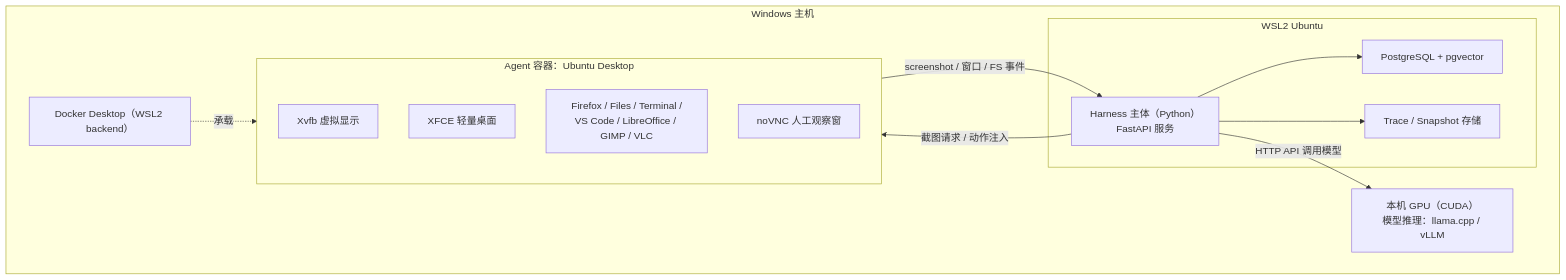
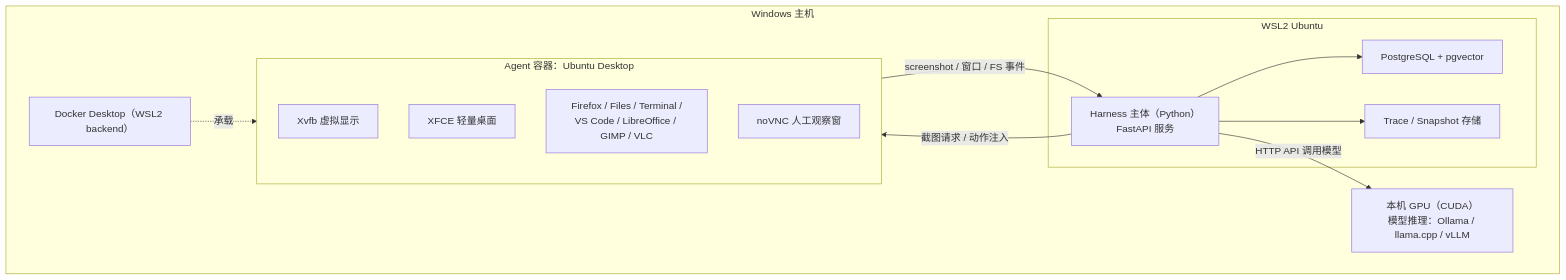
Before and after one commit to QiuYuAkiGO/NeuralCloud: the first of 2 diagrams in docs/harness/03-digital-body.md, drawn with Mermaid. The commit also changed other lines of this file and 73 other files, not shown here.

````diff
--- a/docs/harness/03-digital-body.md
+++ b/docs/harness/03-digital-body.md
@@ -15,25 +15,25 @@
 ```mermaid
 flowchart TB
     subgraph win["Windows 主机"]
-        gpu["本机 GPU（CUDA）<br/>模型推理：llama.cpp / vLLM"]
+        gpu["本机 GPU（CUDA）<br/>模型推理：Ollama / llama.cpp / vLLM"]
         subgraph wsl["WSL2 Ubuntu"]
             harness["Harness 主体（Python）<br/>FastAPI 服务"]
             db["PostgreSQL + pgvector"]
             tracedir["Trace / Snapshot 存储"]
         end
         docker["Docker Desktop（WSL2 backend）"]
         subgraph guest["Agent 容器：Ubuntu Desktop"]
             xvfb["Xvfb 虚拟显示"]
             xfce["XFCE 轻量桌面"]
             apps["Firefox / Files / Terminal /<br/>VS Code / LibreOffice / GIMP / VLC"]
             novnc["noVNC 人工观察窗"]
         end
     end
 
     harness -->|"HTTP API 调用模型"| gpu
     harness -->|"截图请求 / 动作注入"| guest
     guest -->|"screenshot / 窗口 / FS 事件"| harness
     harness --> db
     harness --> tracedir
     docker -.->|"承载"| guest
 ```
````
